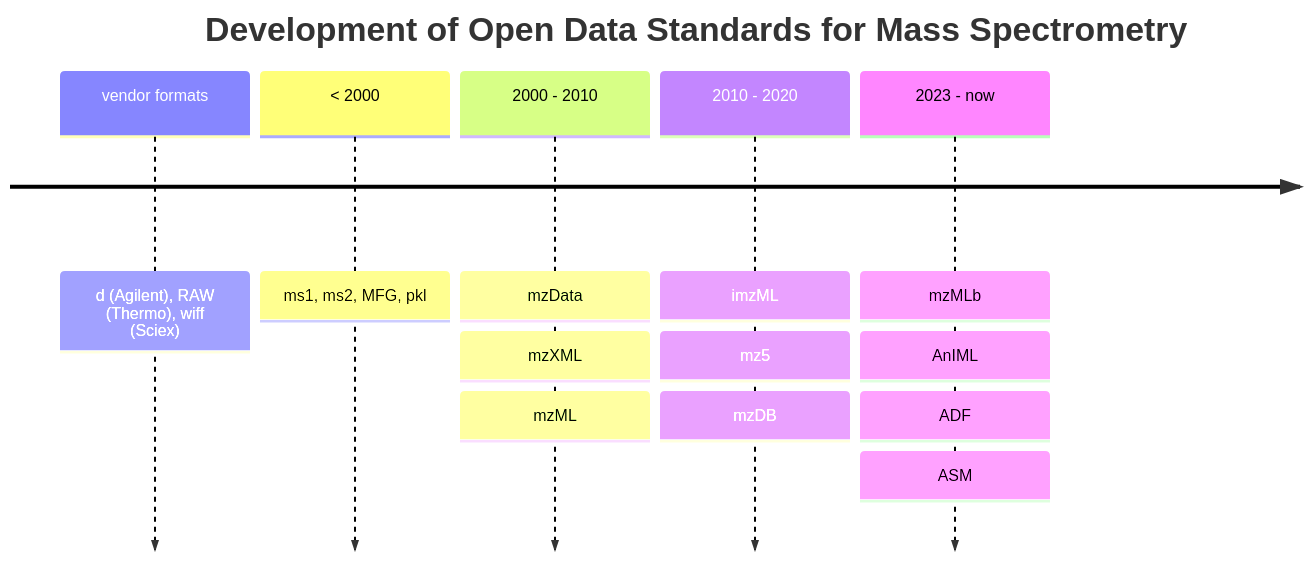
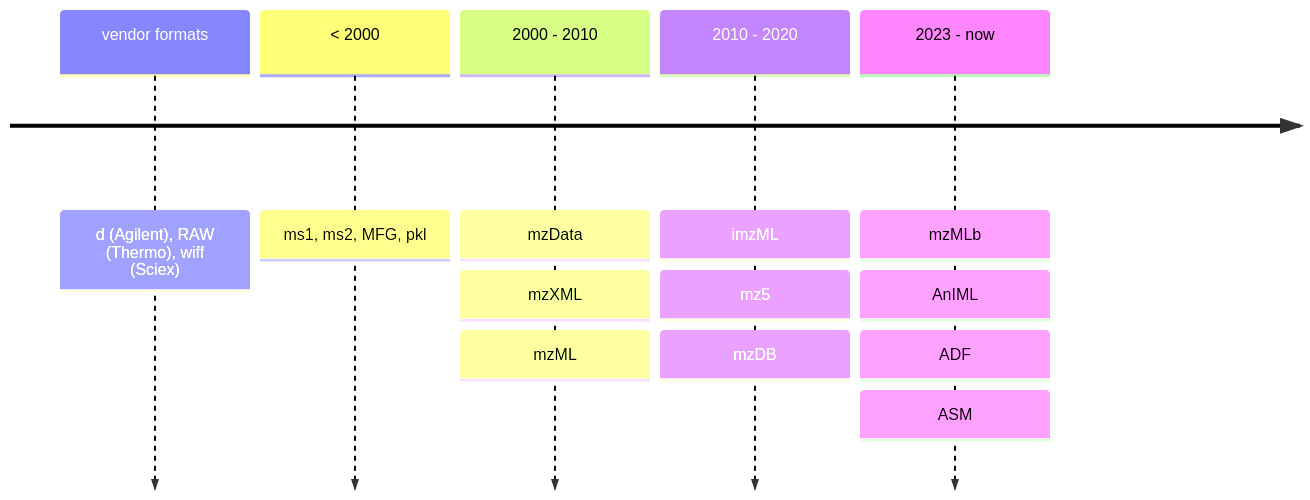
The seventh of 7 diagrams in topics/01_analyticalDataChallenges.md (odea-project/elearning), drawn with Mermaid before and after one commit. The commit also changed other lines of this file and 3 other files, not shown here.

````diff
--- a/topics/01_analyticalDataChallenges.md
+++ b/topics/01_analyticalDataChallenges.md
@@ -723,9 +727,8 @@
 ```mermaid	
 timeline
-    title Development of Open Data Standards for Mass Spectrometry
-      vendor formats : d (Agilent), RAW (Thermo), wiff (Sciex)
-      < 2000 : ms1, ms2, MFG, pkl
-      2000 - 2010 : mzData : mzXML : mzML
-      2010 - 2020 : imzML : mz5 : mzDB
-      2023 - now : mzMLb : AnIML : ADF : ASM
+  vendor formats : d (Agilent), RAW (Thermo), wiff (Sciex)
+  < 2000 : ms1, ms2, MFG, pkl
+  2000 - 2010 : mzData : mzXML : mzML
+  2010 - 2020 : imzML : mz5 : mzDB
+  2023 - now : mzMLb : AnIML : ADF : ASM
 ```
````
